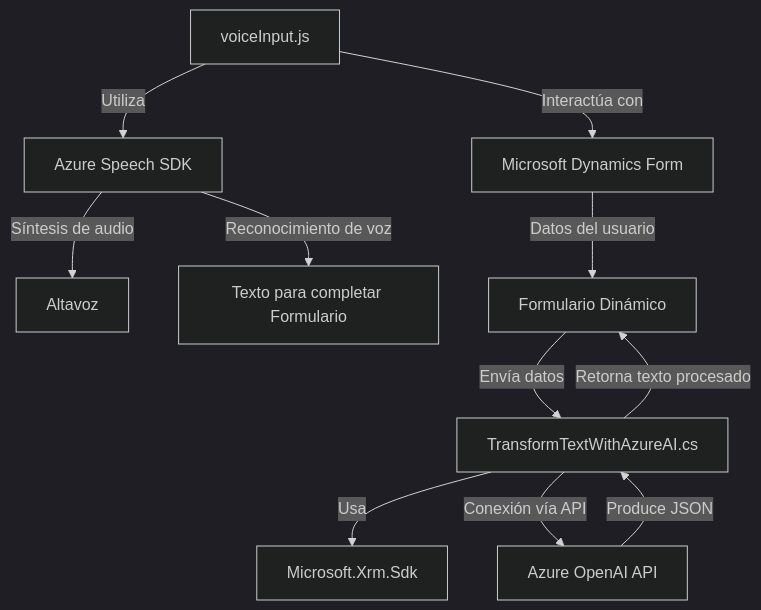
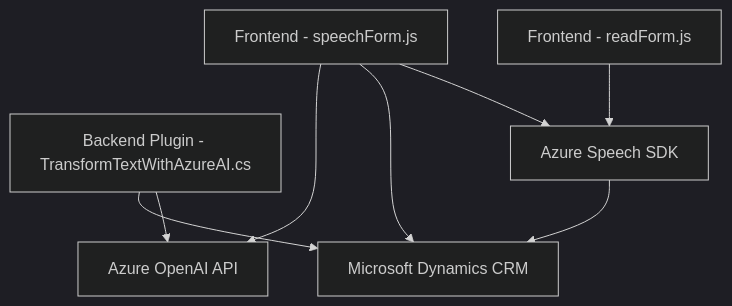
Before and after one commit to blopezdm/NETCORE_BILBAO2025: the diagram in README.md, drawn with Mermaid (dark theme). The commit also changed other lines of this file, not shown here.

Commit message:
Actualizar análisis global de la solución con IA

````diff
--- a/README.md
+++ b/README.md
@@ -56,13 +47,17 @@
 ```mermaid
 graph TD
-    A[voiceInput.js] -->|Utiliza| B["Azure Speech SDK"]
-    A -->|Interactúa con| C["Microsoft Dynamics Form"]
-    B -->|Síntesis de audio| D["Altavoz"]
-    B -->|Reconocimiento de voz| E["Texto para completar Formulario"]
-    C -->|Datos del usuario| F["Formulario Dinámico"]
-    F -->|Envía datos| G[TransformTextWithAzureAI.cs]
-    G -->|Usa| H["Microsoft.Xrm.Sdk"]
-    G -->|Conexión vía API| I["Azure OpenAI API"]
-    I -->|Produce JSON| G
-    G -->|Retorna texto procesado| F
+    A["Frontend - readForm.js"]
+    B["Frontend - speechForm.js"]
+    C["Backend Plugin - TransformTextWithAzureAI.cs"]
+    D["Azure Speech SDK"]
+    E["Azure OpenAI API"]
+    F["Microsoft Dynamics CRM"]
+
+    A --> D
+    B --> D
+    B --> F
+    B --> E
+    C --> E
+    C --> F
+    D --> F
 ```
````
